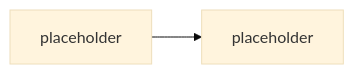
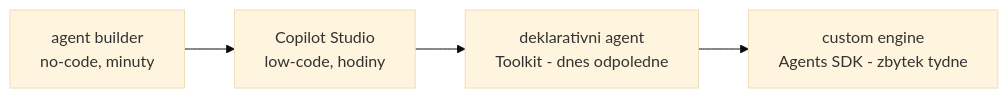
Before and after one commit to MalasekPetr/gopas-spo_copilot: the diagram in day-1/no-code-showcase/README.md, drawn with Mermaid (base theme). The commit also changed other lines of this file and 55 other files, not shown here.

````diff
--- a/day-1/no-code-showcase/README.md
+++ b/day-1/no-code-showcase/README.md
@@ -38,5 +50,6 @@
 ```mermaid
-%% TODO: diagram -- osa: agent builder -> Copilot Studio -> deklarativni agent -> custom engine
 flowchart LR
-  A[placeholder] --> B[placeholder]
+  AB[agent builder<br/>no-code, minuty] --> ST[Copilot Studio<br/>low-code, hodiny]
+  ST --> DA[deklarativni agent<br/>Toolkit - dnes odpoledne]
+  DA --> CE[custom engine<br/>Agents SDK - zbytek tydne]
 ```
````
